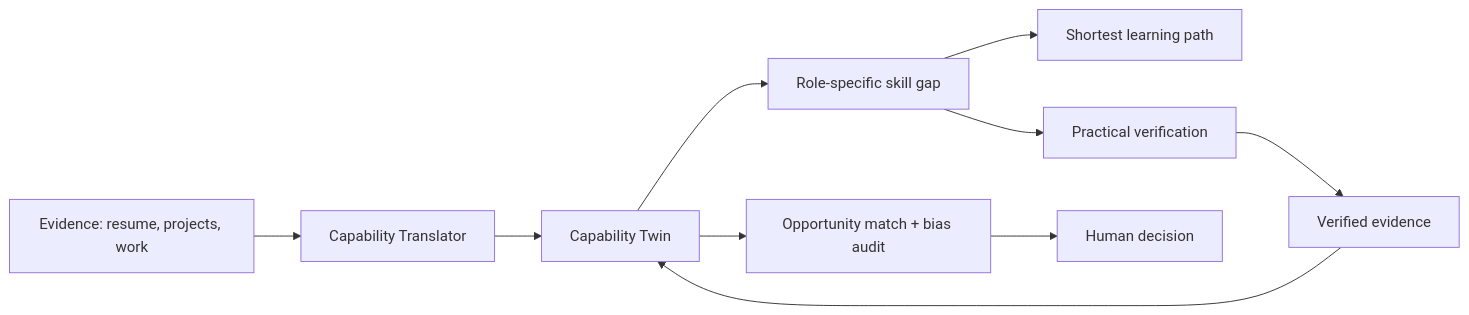
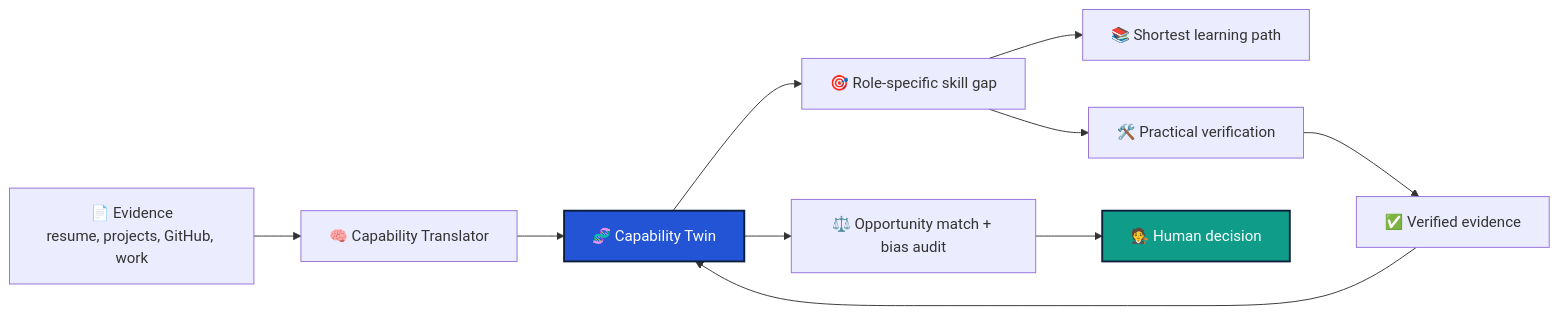
The first of 5 diagrams in README.md (Devengoyal885/ArcLight_HackShift_2), drawn with Mermaid before and after one commit. The commit also changed other lines of this file and 80 other files, not shown here.

````diff
--- a/README.md
+++ b/README.md
@@ -47,12 +79,15 @@
 ```mermaid
 flowchart LR
-  A[Evidence: resume, projects, work] --> B[Capability Translator]
-  B --> C[Capability Twin]
-  C --> D[Role-specific skill gap]
-  D --> E[Shortest learning path]
-  D --> F[Practical verification]
-  F --> G[Verified evidence]
+  A[📄 Evidence<br/>resume, projects, GitHub, work] --> B[🧠 Capability Translator]
+  B --> C[🧬 Capability Twin]
+  C --> D[🎯 Role-specific skill gap]
+  D --> E[📚 Shortest learning path]
+  D --> F[🛠️ Practical verification]
+  F --> G[✅ Verified evidence]
   G --> C
-  C --> H[Opportunity match + bias audit]
-  H --> I[Human decision]
+  C --> H[⚖️ Opportunity match + bias audit]
+  H --> I[🧑‍⚖️ Human decision]
+
+  style C fill:#2354d6,color:#fff,stroke:#0c1f3d,stroke-width:2px
+  style I fill:#0f9d8a,color:#fff,stroke:#0c1f3d,stroke-width:2px
 ```
````
